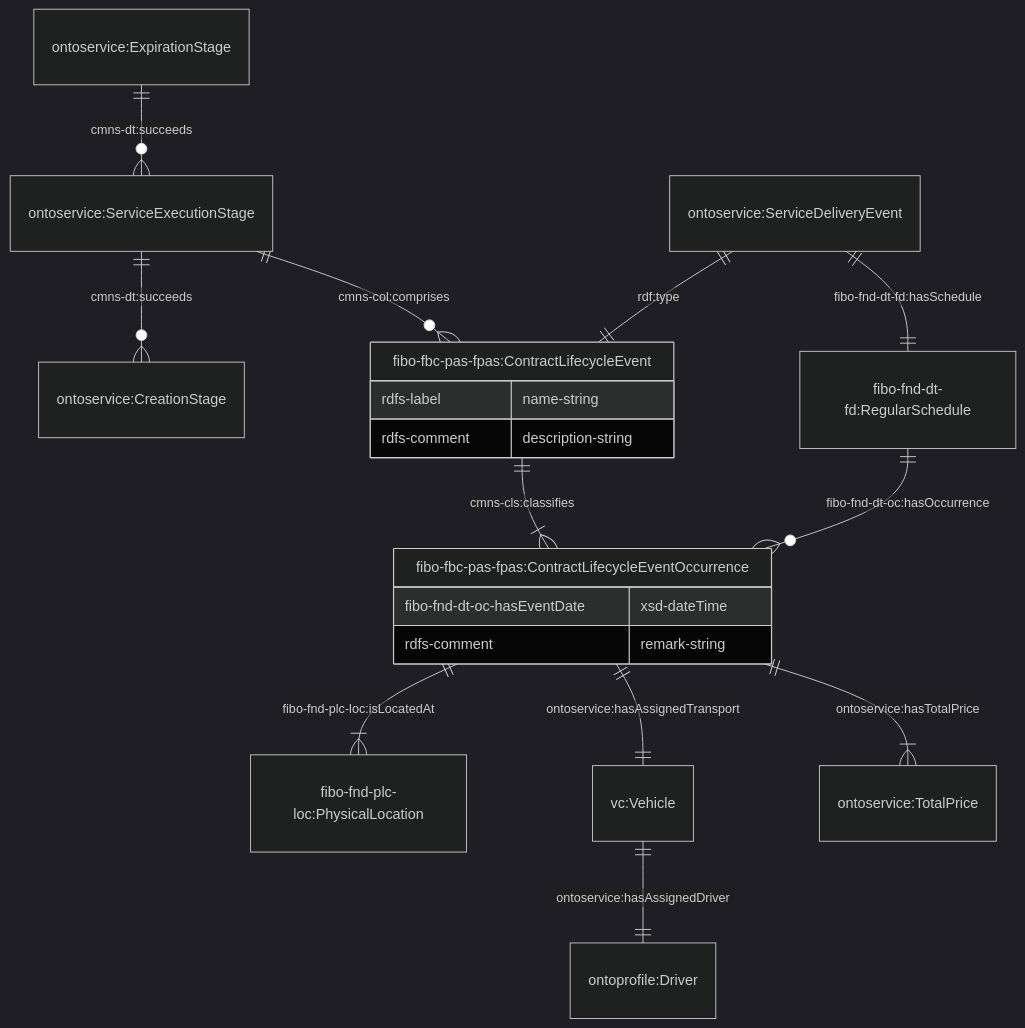
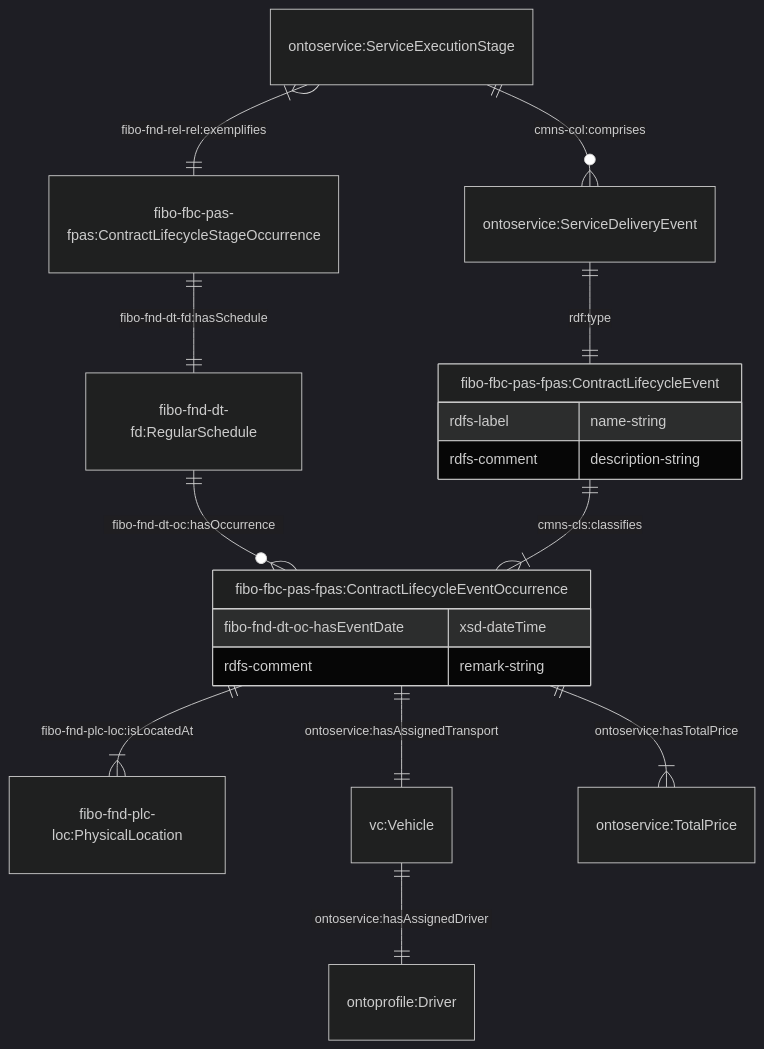
One commit to cambridge-cares/TheWorldAvatar changed the seventh of 8 diagrams in JPS_Ontology/ontology/ontoservice/README.md. Above: the diagram before and after it, drawn with Mermaid (dark theme). The commit also changed other lines of this file and 4 other files, not shown here.

````diff
--- a/JPS_Ontology/ontology/ontoservice/README.md
+++ b/JPS_Ontology/ontology/ontoservice/README.md
@@ -264,23 +326,23 @@
 ```mermaid
     erDiagram
-    "ontoservice:ServiceExecutionStage" ||--o{ "ontoservice:CreationStage" : "cmns-dt:succeeds"
-    "ontoservice:ExpirationStage" ||--o{ "ontoservice:ServiceExecutionStage" : "cmns-dt:succeeds"
-    "ontoservice:ServiceExecutionStage" ||--o{ "fibo-fbc-pas-fpas:ContractLifecycleEvent" : "cmns-col:comprises"
+    "ontoservice:ServiceExecutionStage" }|--|| "fibo-fbc-pas-fpas:ContractLifecycleStageOccurrence" : "fibo-fnd-rel-rel:exemplifies"
+    "fibo-fbc-pas-fpas:ContractLifecycleStageOccurrence" ||--|| "fibo-fnd-dt-fd:RegularSchedule" : "fibo-fnd-dt-fd:hasSchedule"
+    "fibo-fnd-dt-fd:RegularSchedule" ||--o{ "fibo-fbc-pas-fpas:ContractLifecycleEventOccurrence" : "fibo-fnd-dt-oc:hasOccurrence"
+
+    "ontoservice:ServiceExecutionStage" ||--o{ "ontoservice:ServiceDeliveryEvent" : "cmns-col:comprises"
+    "ontoservice:ServiceDeliveryEvent" ||--|| "fibo-fbc-pas-fpas:ContractLifecycleEvent" : "rdf:type"
     "fibo-fbc-pas-fpas:ContractLifecycleEvent" {
         rdfs-label name-string
         rdfs-comment description-string
     }
-    "ontoservice:ServiceDeliveryEvent" ||--|| "fibo-fbc-pas-fpas:ContractLifecycleEvent" : "rdf:type"
-    "ontoservice:ServiceDeliveryEvent" ||--|| "fibo-fnd-dt-fd:RegularSchedule" : "fibo-fnd-dt-fd:hasSchedule"
-    "fibo-fnd-dt-fd:RegularSchedule" ||--o{ "fibo-fbc-pas-fpas:ContractLifecycleEventOccurrence" : "fibo-fnd-dt-oc:hasOccurrence"
 
     "fibo-fbc-pas-fpas:ContractLifecycleEvent" ||--|{ "fibo-fbc-pas-fpas:ContractLifecycleEventOccurrence" : "cmns-cls:classifies"
     "fibo-fbc-pas-fpas:ContractLifecycleEventOccurrence" ||--|{ "fibo-fnd-plc-loc:PhysicalLocation" : "fibo-fnd-plc-loc:isLocatedAt"
     "fibo-fbc-pas-fpas:ContractLifecycleEventOccurrence" ||--|| "vc:Vehicle" : "ontoservice:hasAssignedTransport"
     "vc:Vehicle" ||--|| "ontoprofile:Driver" : "ontoservice:hasAssignedDriver"
     "fibo-fbc-pas-fpas:ContractLifecycleEventOccurrence" ||--|{ "ontoservice:TotalPrice" : "ontoservice:hasTotalPrice"
     "fibo-fbc-pas-fpas:ContractLifecycleEventOccurrence" {
         fibo-fnd-dt-oc-hasEventDate xsd-dateTime
         rdfs-comment remark-string
     }
 ```
````
